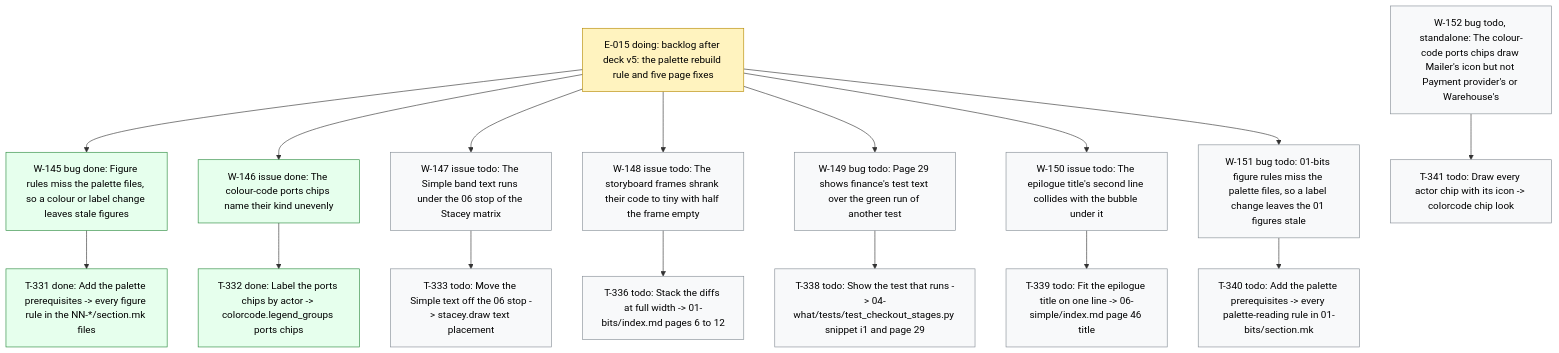
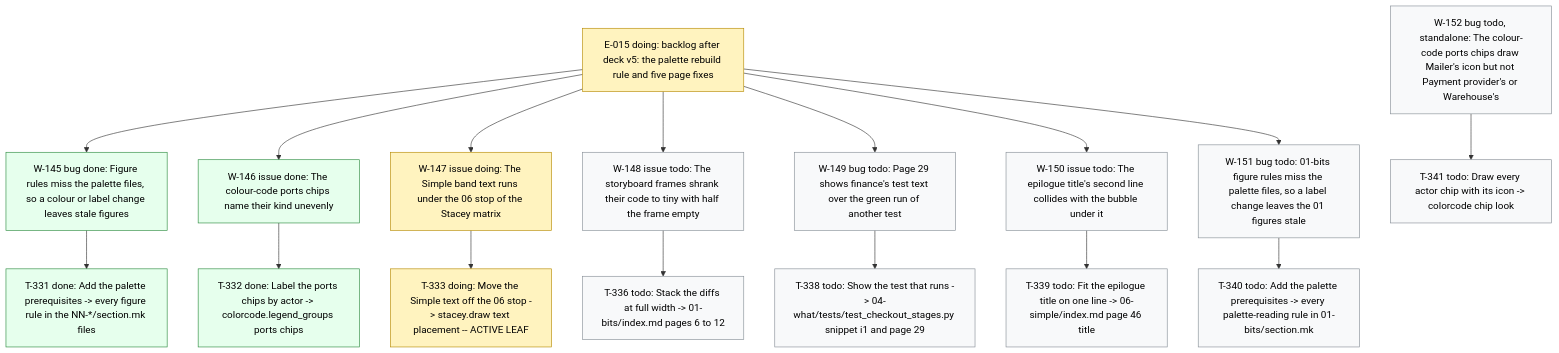
The diagram in .board/BOARD.md (dpopchev/chaos-to-simple), drawn with Mermaid before and after one commit. The commit also changed other lines of this file and 2 other files, not shown here.

Commit message:
chore(board): activate W-147, start T-333
Refs: W-147 T-333

````diff
--- a/.board/BOARD.md
+++ b/.board/BOARD.md
@@ -861,28 +861,28 @@
 ```mermaid
 flowchart TD
   E015["E-015 doing: backlog after deck v5: the palette rebuild rule and five page fixes"]
   E015 --> W145["W-145 bug done: Figure rules miss the palette files, so a colour or label change leaves stale figures"]
   W145 --> T331["T-331 done: Add the palette prerequisites -> every figure rule in the NN-*/section.mk files"]
   E015 --> W146["W-146 issue done: The colour-code ports chips name their kind unevenly"]
   W146 --> T332["T-332 done: Label the ports chips by actor -> colorcode.legend_groups ports chips"]
-  E015 --> W147["W-147 issue todo: The Simple band text runs under the 06 stop of the Stacey matrix"]
-  W147 --> T333["T-333 todo: Move the Simple text off the 06 stop -> stacey.draw text placement"]
+  E015 --> W147["W-147 issue doing: The Simple band text runs under the 06 stop of the Stacey matrix"]
+  W147 --> T333["T-333 doing: Move the Simple text off the 06 stop -> stacey.draw text placement -- ACTIVE LEAF"]
   E015 --> W148["W-148 issue todo: The storyboard frames shrank their code to tiny with half the frame empty"]
   W148 --> T336["T-336 todo: Stack the diffs at full width -> 01-bits/index.md pages 6 to 12"]
   E015 --> W149["W-149 bug todo: Page 29 shows finance's test text over the green run of another test"]
   W149 --> T338["T-338 todo: Show the test that runs -> 04-what/tests/test_checkout_stages.py snippet i1 and page 29"]
   E015 --> W150["W-150 issue todo: The epilogue title's second line collides with the bubble under it"]
   W150 --> T339["T-339 todo: Fit the epilogue title on one line -> 06-simple/index.md page 46 title"]
   E015 --> W151["W-151 bug todo: 01-bits figure rules miss the palette files, so a label change leaves the 01 figures stale"]
   W151 --> T340["T-340 todo: Add the palette prerequisites -> every palette-reading rule in 01-bits/section.mk"]
   W152["W-152 bug todo, standalone: The colour-code ports chips draw Mailer's icon but not Payment provider's or Warehouse's"]
   W152 --> T341["T-341 todo: Draw every actor chip with its icon -> colorcode chip look"]
   classDef doing fill:#fff3bf,stroke:#b58900,color:#000;
   classDef blocked fill:#ffe3e3,stroke:#c92a2a,color:#000;
   classDef done fill:#e6ffed,stroke:#2b8a3e,color:#000;
   classDef todo fill:#f8f9fa,stroke:#868e96,color:#000;
   classDef pruned fill:#f1f3f5,stroke:#adb5bd,color:#000;
-  class E015 doing
+  class E015,W147,T333 doing
   class W145,T331,W146,T332 done
-  class W147,T333,W148,T336,W149,T338,W150,T339,W151,T340,W152,T341 todo
+  class W148,T336,W149,T338,W150,T339,W151,T340,W152,T341 todo
 ```
````
